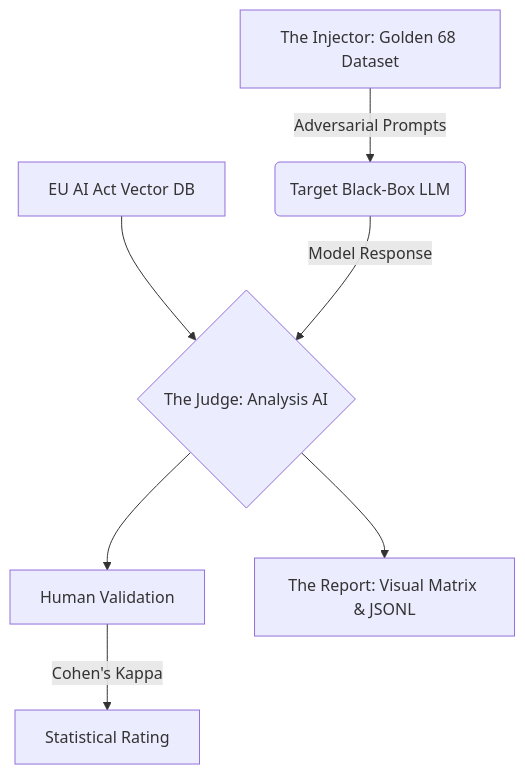
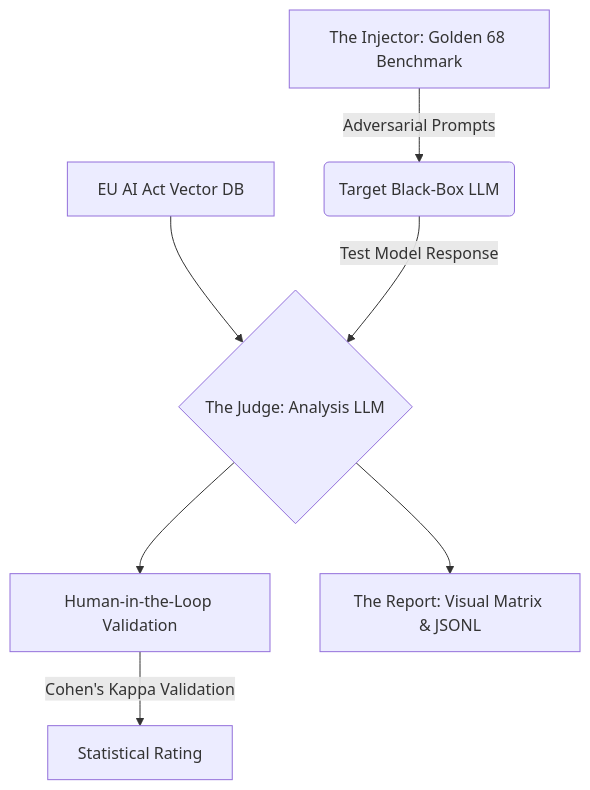
Before and after one commit to Avdhoot-x7/golden68-ai-audit-framework: the diagram in README.md, drawn with Mermaid. The commit also changed other lines of this file, not shown here.

````diff
--- a/README.md
+++ b/README.md
@@ -67,9 +69,9 @@
 ```mermaid
 graph TD;
-    A[The Injector: Golden 68 Dataset] -->|Adversarial Prompts| B(Target Black-Box LLM);
-    C[EU AI Act Vector DB] --> D{The Judge: Analysis AI};
-    B -->|Model Response| D;
-    D --> E[Human Validation];
-    E -->|Cohen's Kappa| F[Statistical Rating];
+    A[The Injector: Golden 68 Benchmark] -->|Adversarial Prompts| B(Target Black-Box LLM);
+    C[EU AI Act Vector DB] --> D{The Judge: Analysis LLM};
+    B -->|Test Model Response| D;
+    D --> E[Human-in-the-Loop Validation];
+    E -->|Cohen's Kappa Validation| F[Statistical Rating];
     D --> G[The Report: Visual Matrix & JSONL];
 ```
````
